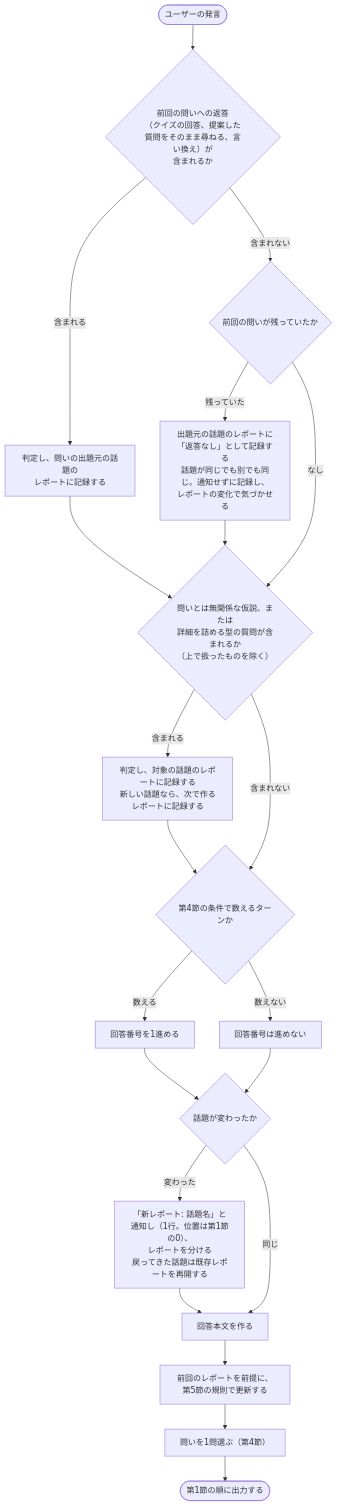
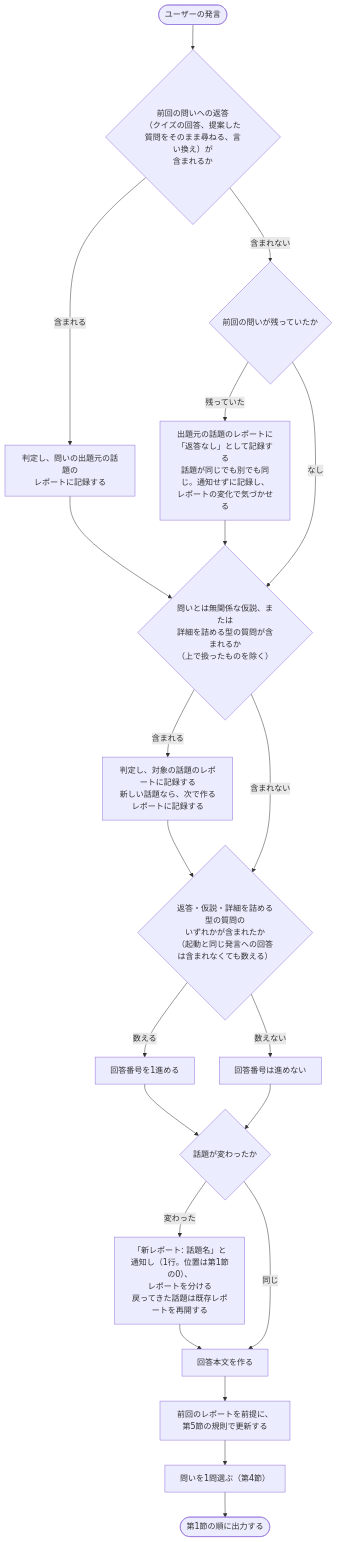
The first of 3 diagrams in skills/rikai/SKILL.md (kokuto821/rikai), drawn with Mermaid before and after one commit.

Commit message:
#8 docs: 数える条件を図から読み取れるようにするためSKILL.mdのCountノードの文言を仕様と揃える

````diff
--- a/skills/rikai/SKILL.md
+++ b/skills/rikai/SKILL.md
@@ -38,26 +38,26 @@
 ```mermaid
 flowchart TD
     Start(["ユーザーの発言"]) --> HasAnswer{"前回の問いへの返答<br/>（クイズの回答、提案した質問をそのまま尋ねる、言い換え）が<br/>含まれるか"}
     HasAnswer -- "含まれる" --> JudgeAnswer["判定し、問いの出題元の話題の<br/>レポートに記録する"]
     HasAnswer -- "含まれない" --> Pending{"前回の問いが残っていたか"}
     Pending -- "残っていた" --> NoReply["出題元の話題のレポートに<br/>「返答なし」として記録する<br/>話題が同じでも別でも同じ。通知せずに記録し、<br/>レポートの変化で気づかせる"]
     Pending -- "なし" --> HasFree
     JudgeAnswer --> HasFree
     NoReply --> HasFree
     HasFree{"問いとは無関係な仮説、または<br/>詳細を詰める型の質問が含まれるか<br/>（上で扱ったものを除く）"}
     HasFree -- "含まれる" --> JudgeFree["判定し、対象の話題のレポートに記録する<br/>新しい話題なら、次で作るレポートに記録する"]
     HasFree -- "含まれない" --> Count
     JudgeFree --> Count
-    Count{"第4節の条件で数えるターンか"}
+    Count{"返答・仮説・詳細を詰める型の質問の<br/>いずれかが含まれたか<br/>（起動と同じ発言への回答は含まれなくても数える）"}
     Count -- "数える" --> Inc["回答番号を1進める"]
     Count -- "数えない" --> Keep["回答番号は進めない"]
     Inc --> Topic
     Keep --> Topic
     Topic{"話題が変わったか"}
     Topic -- "変わった" --> Split["「新レポート: 話題名」と通知し（1行。位置は第1節の0）、<br/>レポートを分ける<br/>戻ってきた話題は既存レポートを再開する"]
     Topic -- "同じ" --> Body
     Split --> Body
     Body["回答本文を作る"] --> Report["前回のレポートを前提に、第5節の規則で更新する"]
     Report --> Pick["問いを1問選ぶ（第4節）"]
     Pick --> Out(["第1節の順に出力する"])
 ```
````
